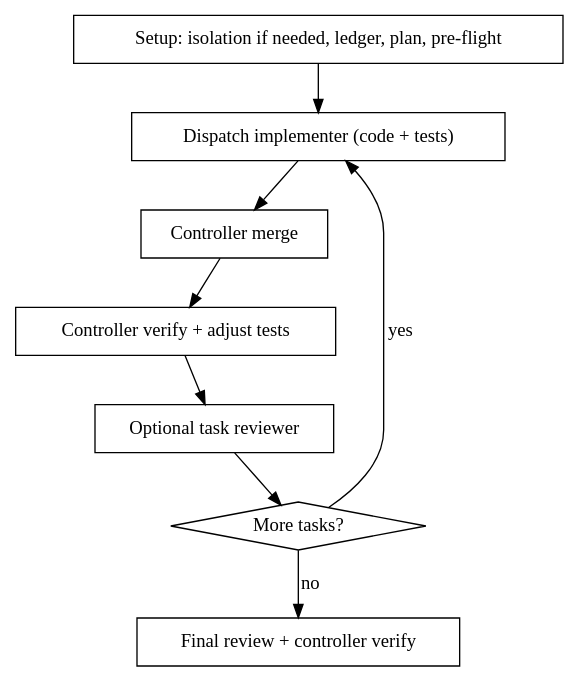
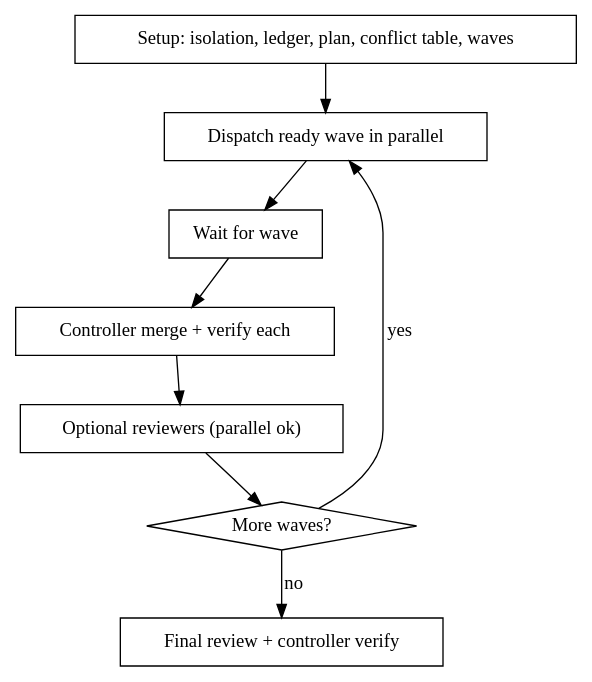
One commit to ntcuong777/own-my-pi changed the second of 2 diagrams in skills/subagent-driven-development/SKILL.md. Above: the diagram before and after it, drawn with Graphviz. The commit also changed other lines of this file and 4 other files, not shown here.

````diff
--- a/skills/subagent-driven-development/SKILL.md
+++ b/skills/subagent-driven-development/SKILL.md
@@ -61,20 +62,20 @@
 ```dot
 digraph process {
     rankdir=TB;
-    "Setup: isolation if needed, ledger, plan, pre-flight" [shape=box];
-    "Dispatch implementer (code + tests)" [shape=box];
-    "Controller merge" [shape=box];
-    "Controller verify + adjust tests" [shape=box];
-    "Optional task reviewer" [shape=box];
-    "More tasks?" [shape=diamond];
+    "Setup: isolation, ledger, plan, conflict table, waves" [shape=box];
+    "Dispatch ready wave in parallel" [shape=box];
+    "Wait for wave" [shape=box];
+    "Controller merge + verify each" [shape=box];
+    "Optional reviewers (parallel ok)" [shape=box];
+    "More waves?" [shape=diamond];
     "Final review + controller verify" [shape=box];
 
-    "Setup: isolation if needed, ledger, plan, pre-flight" -> "Dispatch implementer (code + tests)";
-    "Dispatch implementer (code + tests)" -> "Controller merge";
-    "Controller merge" -> "Controller verify + adjust tests";
-    "Controller verify + adjust tests" -> "Optional task reviewer";
-    "Optional task reviewer" -> "More tasks?";
-    "More tasks?" -> "Dispatch implementer (code + tests)" [label="yes"];
-    "More tasks?" -> "Final review + controller verify" [label="no"];
+    "Setup: isolation, ledger, plan, conflict table, waves" -> "Dispatch ready wave in parallel";
+    "Dispatch ready wave in parallel" -> "Wait for wave";
+    "Wait for wave" -> "Controller merge + verify each";
+    "Controller merge + verify each" -> "Optional reviewers (parallel ok)";
+    "Optional reviewers (parallel ok)" -> "More waves?";
+    "More waves?" -> "Dispatch ready wave in parallel" [label="yes"];
+    "More waves?" -> "Final review + controller verify" [label="no"];
 }
 ```
````
